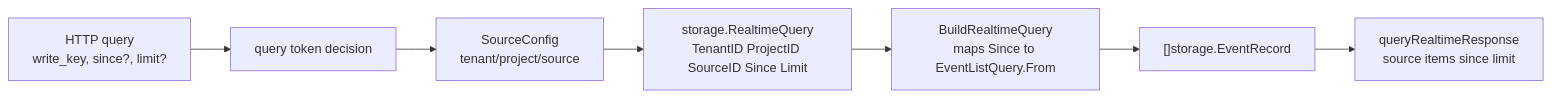
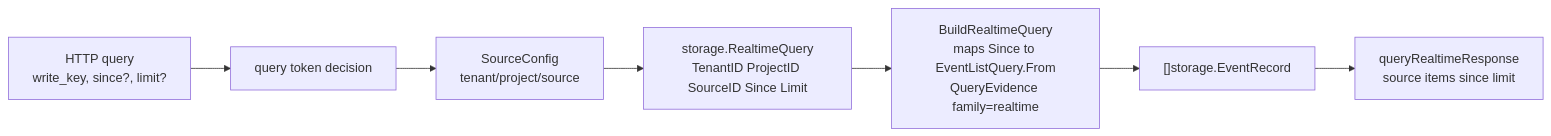
The fifth of 12 diagrams in docs/analytics-source-reading/collectapi-query-and-tracker-flow.md (RoggerZ/uba), drawn with Mermaid before and after one commit. The commit also changed other lines of this file and 5 other files, not shown here.

````diff
--- a/docs/analytics-source-reading/collectapi-query-and-tracker-flow.md
+++ b/docs/analytics-source-reading/collectapi-query-and-tracker-flow.md
@@ -972,9 +972,9 @@
 ```mermaid
 flowchart LR
     Http["HTTP query<br/>write_key, since?, limit?"] --> Token["query token decision"]
     Token --> Source["SourceConfig<br/>tenant/project/source"]
     Source --> RealtimeQuery["storage.RealtimeQuery<br/>TenantID ProjectID SourceID Since Limit"]
-    RealtimeQuery --> Plan["BuildRealtimeQuery<br/>maps Since to EventListQuery.From"]
+    RealtimeQuery --> Plan["BuildRealtimeQuery<br/>maps Since to EventListQuery.From<br/>QueryEvidence family=realtime"]
     Plan --> Records["[]storage.EventRecord"]
     Records --> Response["queryRealtimeResponse<br/>source items since limit"]
 ```
````
